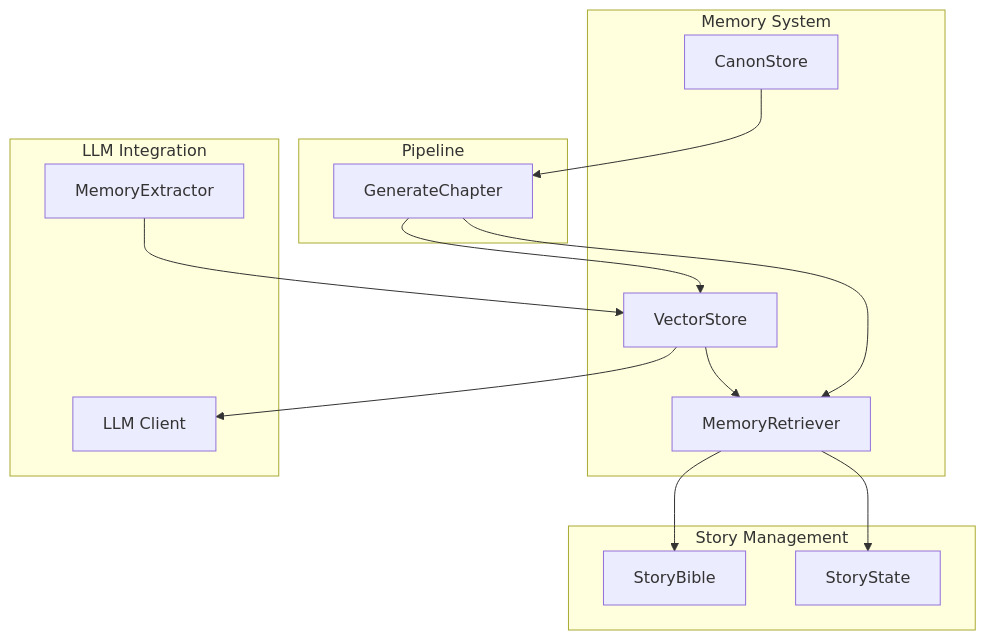
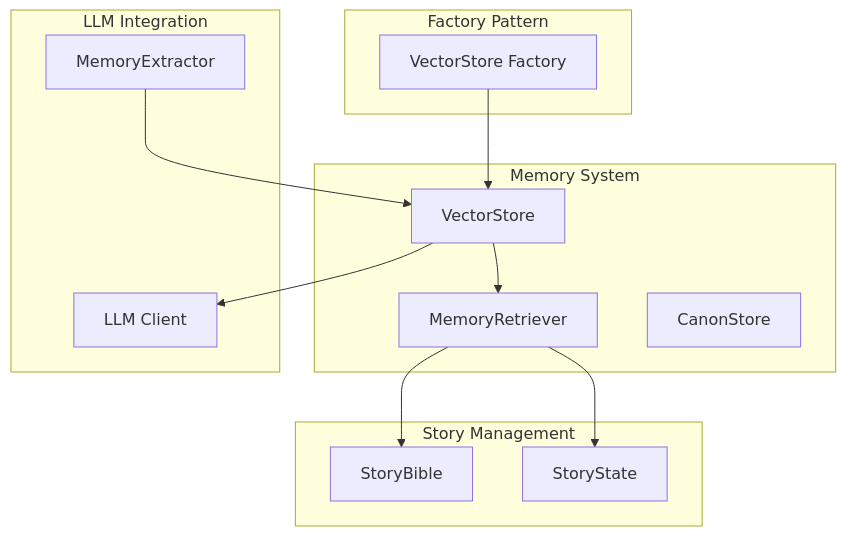
One commit to liwonder/NARRITIVE_OS changed the first of 8 diagrams in .qoder/repowiki/en/content/Memory Management System/Vector Store Class.md. Above: the diagram before and after it, drawn with Mermaid. The commit also changed other lines of this file and 14 other files, not shown here.

````diff
--- a/.qoder/repowiki/en/content/Memory Management System/Vector Store Class.md
+++ b/.qoder/repowiki/en/content/Memory Management System/Vector Store Class.md
@@ -47,27 +45,25 @@
 ```mermaid
 graph TB
 subgraph "Memory System"
 VS[VectorStore]
 MR[MemoryRetriever]
 CS[CanonStore]
 end
 subgraph "LLM Integration"
 LLM[LLM Client]
 ME[MemoryExtractor]
 end
 subgraph "Story Management"
 SB[StoryBible]
 SS[StoryState]
 end
-subgraph "Pipeline"
-GC[GenerateChapter]
+subgraph "Factory Pattern"
+VF[VectorStore Factory]
 end
 VS --> MR
 VS --> LLM
 MR --> SB
 MR --> SS
 ME --> VS
-GC --> VS
-GC --> MR
-CS --> GC
+VF --> VS
 ```
````
